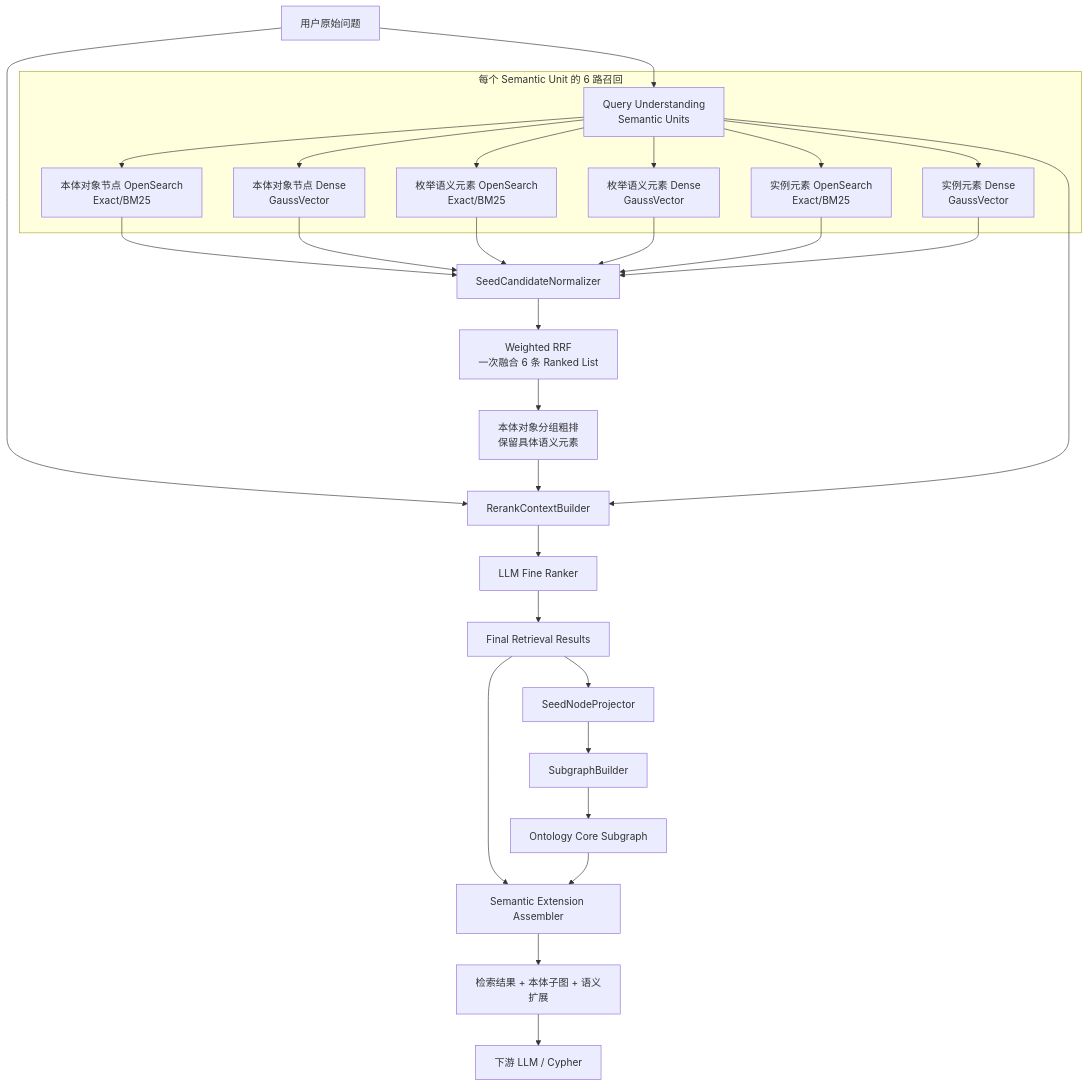
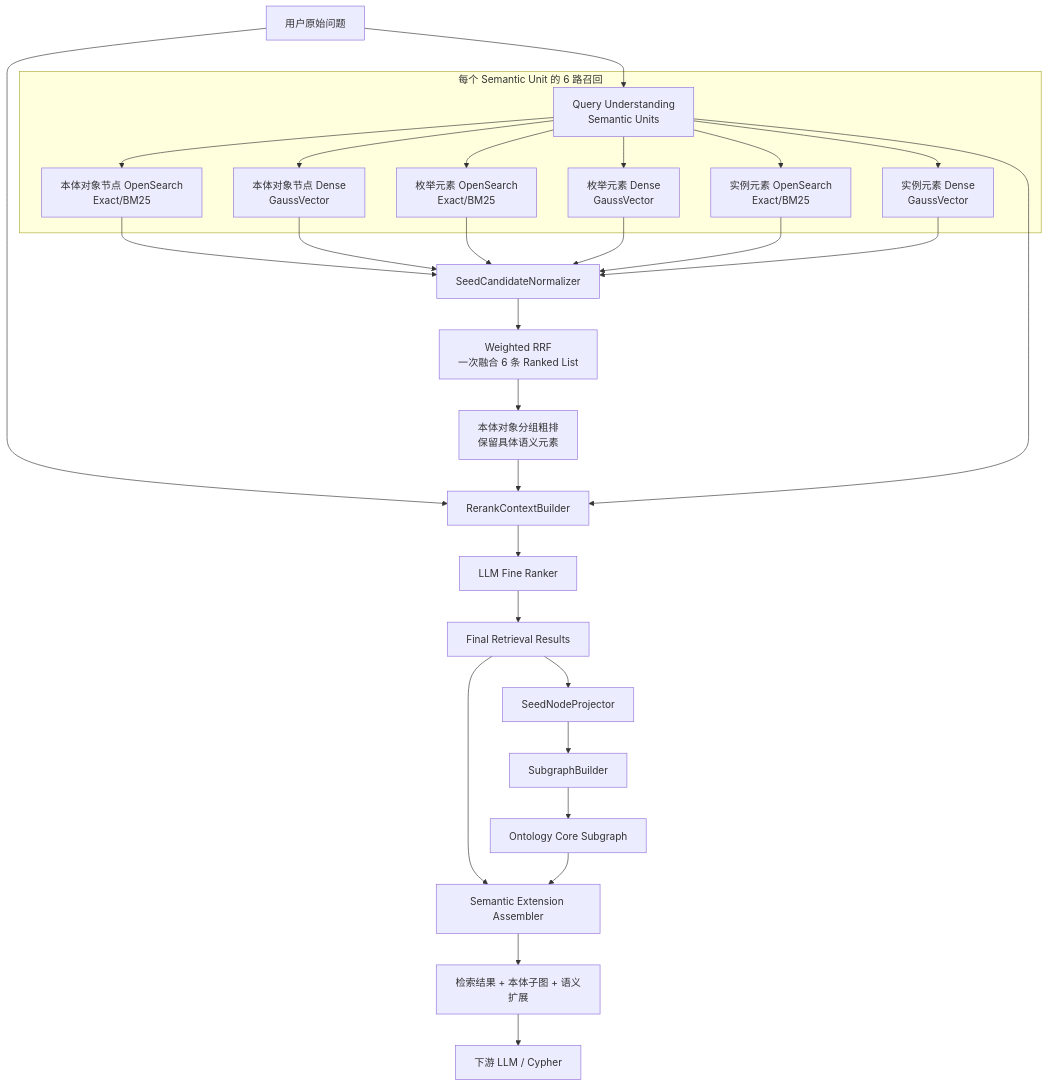
Before and after one commit to cfwl100/onology_dsl: the first of 6 diagrams in docs/OAG本体锚点语义检索与向量索引设计方案.md, drawn with Mermaid. The commit also changed other lines of this file, not shown here.

````diff
--- a/docs/OAG本体锚点语义检索与向量索引设计方案.md
+++ b/docs/OAG本体锚点语义检索与向量索引设计方案.md
@@ -56,38 +56,38 @@
 ```mermaid
 flowchart TD
     Q[用户原始问题] --> QU[Query Understanding<br/>Semantic Units]
 
     subgraph RET[每个 Semantic Unit 的 6 路召回]
       QU --> SL[本体对象节点 OpenSearch<br/>Exact/BM25]
       QU --> SD[本体对象节点 Dense<br/>GaussVector]
-      QU --> ML[枚举语义元素 OpenSearch<br/>Exact/BM25]
-      QU --> MD[枚举语义元素 Dense<br/>GaussVector]
+      QU --> ML[枚举元素 OpenSearch<br/>Exact/BM25]
+      QU --> MD[枚举元素 Dense<br/>GaussVector]
       QU --> IL[实例元素 OpenSearch<br/>Exact/BM25]
       QU --> ID[实例元素 Dense<br/>GaussVector]
     end
 
     SL --> N[SeedCandidateNormalizer]
     SD --> N
     ML --> N
     MD --> N
     IL --> N
     ID --> N
 
     N --> RRF[Weighted RRF<br/>一次融合 6 条 Ranked List]
     RRF --> COARSE[本体对象分组粗排<br/>保留具体语义元素]
 
     Q --> RC[RerankContextBuilder]
     COARSE --> RC
     QU --> RC
     RC --> LLM[LLM Fine Ranker]
     LLM --> RESULT[Final Retrieval Results]
 
     RESULT --> SP[SeedNodeProjector]
     SP --> SG[SubgraphBuilder]
     SG --> CORE[Ontology Core Subgraph]
 
     RESULT --> EXT[Semantic Extension Assembler]
     CORE --> EXT
     EXT --> OUT[检索结果 + 本体子图 + 语义扩展]
     OUT --> CYPHER[下游 LLM / Cypher]
 ```
````
